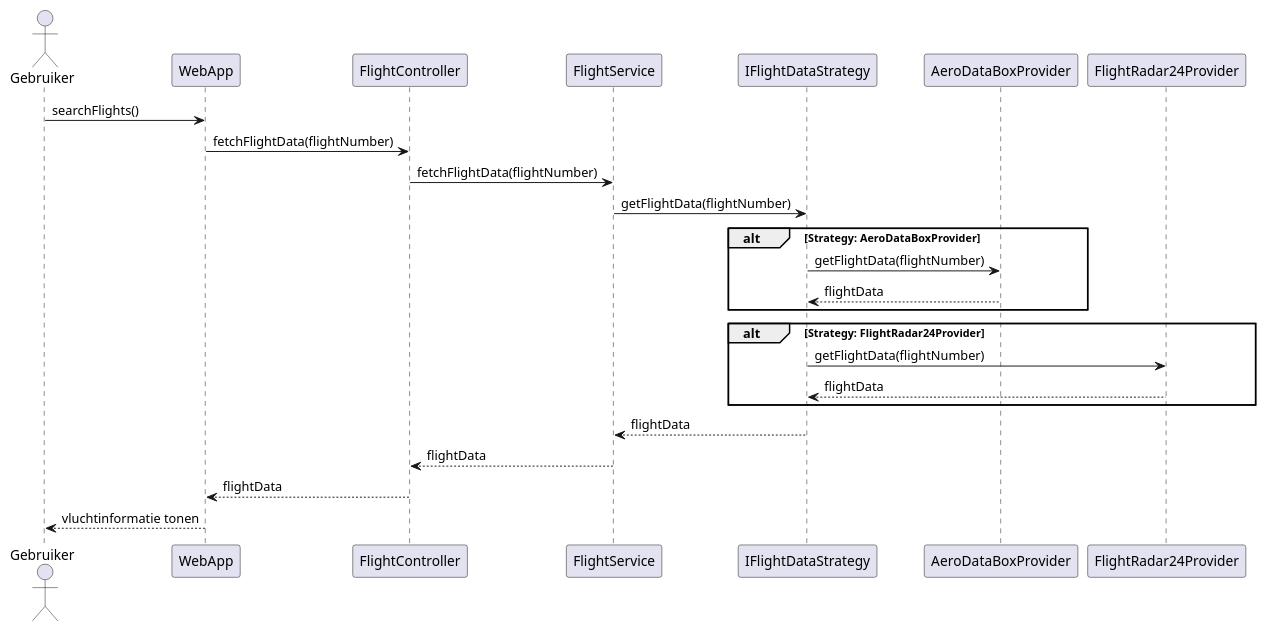
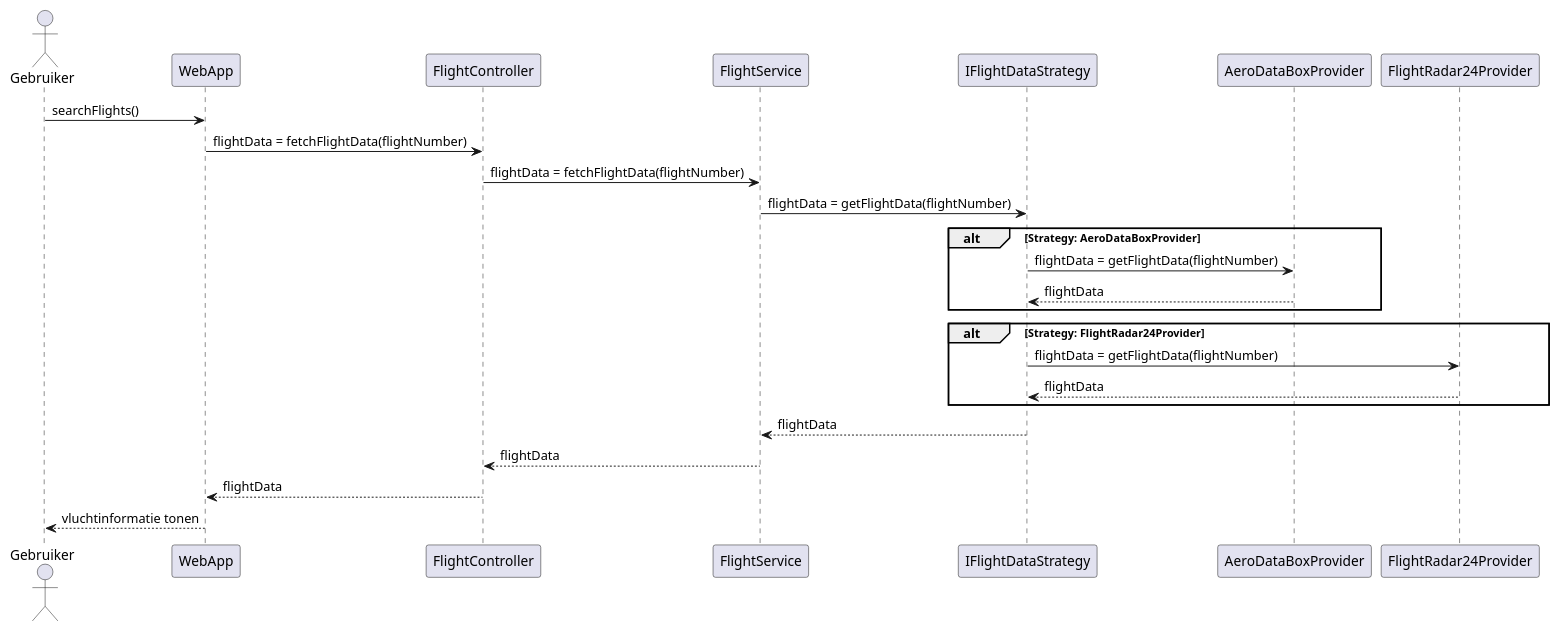
One commit to AIM-ENE-feb25/triptop-groep-b2 changed the diagram in diagrammen/sequenceDiagramSearchFlights.puml. Above: the diagram before and after it, drawn with PlantUML. The commit also changed 2 other files, not shown here.

```diff
--- a/diagrammen/sequenceDiagramSearchFlights.puml
+++ b/diagrammen/sequenceDiagramSearchFlights.puml
@@ -1,31 +1,31 @@
 @startuml
 'https://plantuml.com/sequence-diagram
 
 actor Gebruiker
 participant WebApp
 participant FlightController
 participant FlightService
 participant IFlightDataStrategy
 participant AeroDataBoxProvider
 participant FlightRadar24Provider
 
 Gebruiker -> WebApp : searchFlights()
-WebApp -> FlightController : fetchFlightData(flightNumber)
-FlightController -> FlightService : fetchFlightData(flightNumber)
-FlightService -> IFlightDataStrategy : getFlightData(flightNumber)
+WebApp -> FlightController : flightData = fetchFlightData(flightNumber)
+FlightController -> FlightService : flightData = fetchFlightData(flightNumber)
+FlightService -> IFlightDataStrategy : flightData = getFlightData(flightNumber)
 
 alt Strategy: AeroDataBoxProvider
-    IFlightDataStrategy -> AeroDataBoxProvider : getFlightData(flightNumber)
+    IFlightDataStrategy -> AeroDataBoxProvider : flightData = getFlightData(flightNumber)
     AeroDataBoxProvider --> IFlightDataStrategy : flightData
 end
 
 alt Strategy: FlightRadar24Provider
-    IFlightDataStrategy -> FlightRadar24Provider : getFlightData(flightNumber)
+    IFlightDataStrategy -> FlightRadar24Provider : flightData = getFlightData(flightNumber)
     FlightRadar24Provider --> IFlightDataStrategy : flightData
 end
 
 IFlightDataStrategy --> FlightService : flightData
 FlightService --> FlightController : flightData
 FlightController --> WebApp : flightData
 WebApp --> Gebruiker : vluchtinformatie tonen
 @enduml
```
